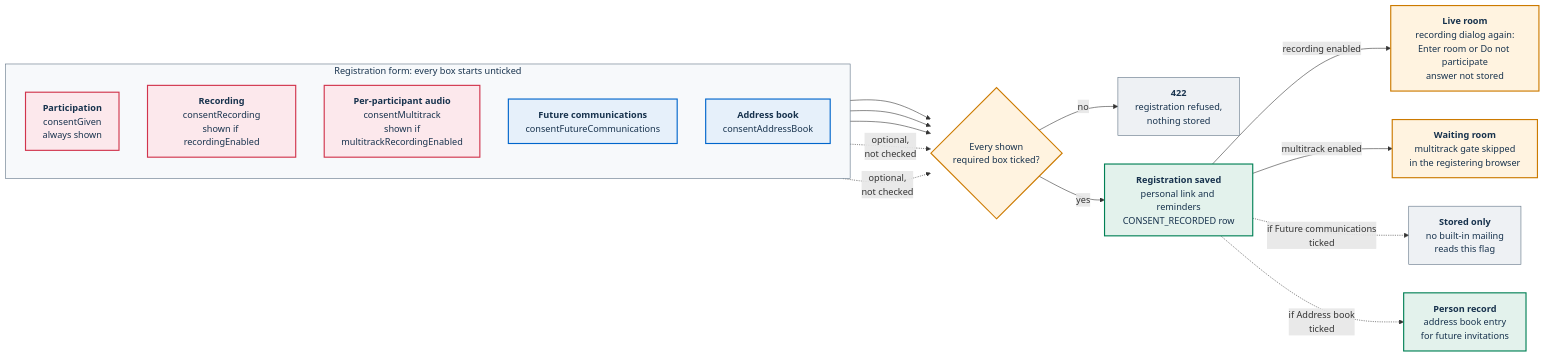
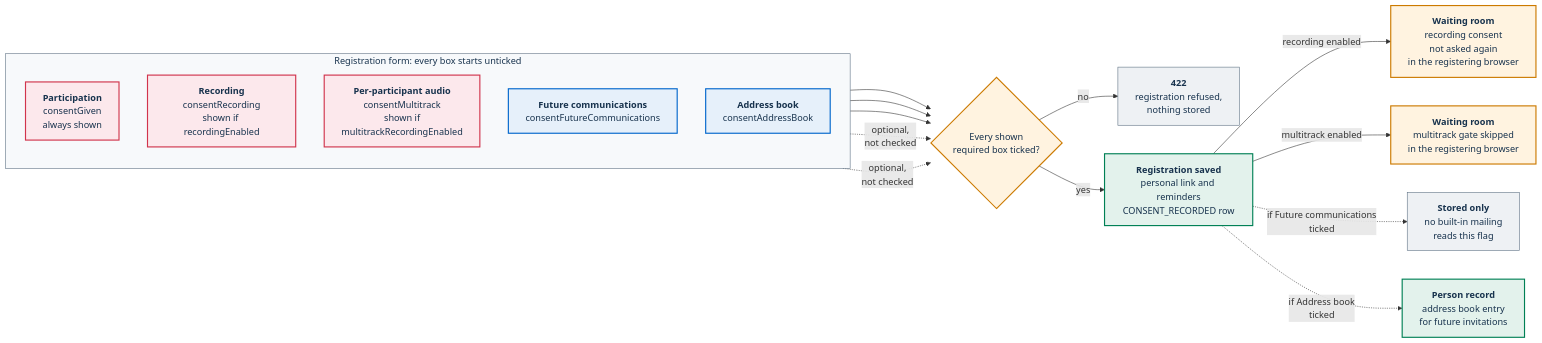
Before and after one commit to italia/pa-webinar: the first of 3 diagrams in docs/GDPR.md, drawn with Mermaid. The commit also changed other lines of this file and 63 other files, not shown here.

````diff
--- a/docs/GDPR.md
+++ b/docs/GDPR.md
@@ -129,38 +130,38 @@
 ```mermaid
 flowchart LR
   classDef req fill:#FCE8EC,stroke:#D1344C,stroke-width:2px,color:#17324D
   classDef opt fill:#E6F0FA,stroke:#0066CC,stroke-width:2px,color:#17324D
   classDef gate fill:#FFF3E0,stroke:#CC7A00,stroke-width:2px,color:#17324D
   classDef data fill:#E3F2EC,stroke:#008055,stroke-width:2px,color:#17324D
   classDef ext fill:#EEF1F4,stroke:#5C6F82,stroke-width:1px,color:#17324D
 
   subgraph FORM["Registration form: every box starts unticked"]
     direction TB
     C1["<b>Participation</b><br/>consentGiven<br/>always shown"]:::req
     C2["<b>Recording</b><br/>consentRecording<br/>shown if recordingEnabled"]:::req
     C3["<b>Per-participant audio</b><br/>consentMultitrack<br/>shown if<br/>multitrackRecordingEnabled"]:::req
     C4["<b>Future communications</b><br/>consentFutureCommunications"]:::opt
     C5["<b>Address book</b><br/>consentAddressBook"]:::opt
   end
   style FORM fill:#F7F9FB,stroke:#5C6F82,color:#17324D
 
   Q{"Every shown<br/>required box ticked?"}:::gate
   NO["<b>422</b><br/>registration refused,<br/>nothing stored"]:::ext
   G1["<b>Registration saved</b><br/>personal link and reminders<br/>CONSENT_RECORDED row"]:::data
-  G2["<b>Live room</b><br/>recording dialog again:<br/>Enter room or Do not participate<br/>answer not stored"]:::gate
+  G2["<b>Waiting room</b><br/>recording consent<br/>not asked again<br/>in the registering browser"]:::gate
   G3["<b>Waiting room</b><br/>multitrack gate skipped<br/>in the registering browser"]:::gate
   G4["<b>Stored only</b><br/>no built-in mailing<br/>reads this flag"]:::ext
   G5["<b>Person record</b><br/>address book entry<br/>for future invitations"]:::data
 
   C1 --> Q
   C2 --> Q
   C3 --> Q
   C4 -.->|"optional,<br/>not checked"| Q
   C5 -.->|"optional,<br/>not checked"| Q
   Q -->|"no"| NO
   Q -->|"yes"| G1
   G1 -->|"recording enabled"| G2
   G1 -->|"multitrack enabled"| G3
   G1 -.->|"if Future communications<br/>ticked"| G4
   G1 -.->|"if Address book<br/>ticked"| G5
 ```
````
